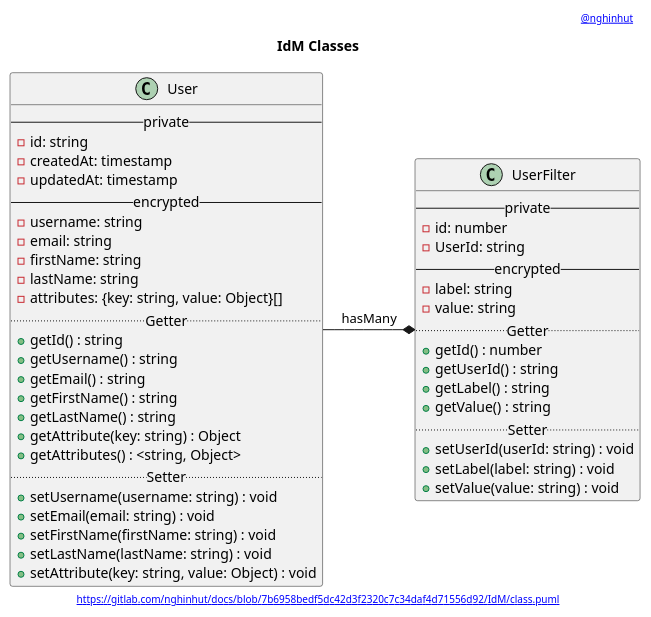
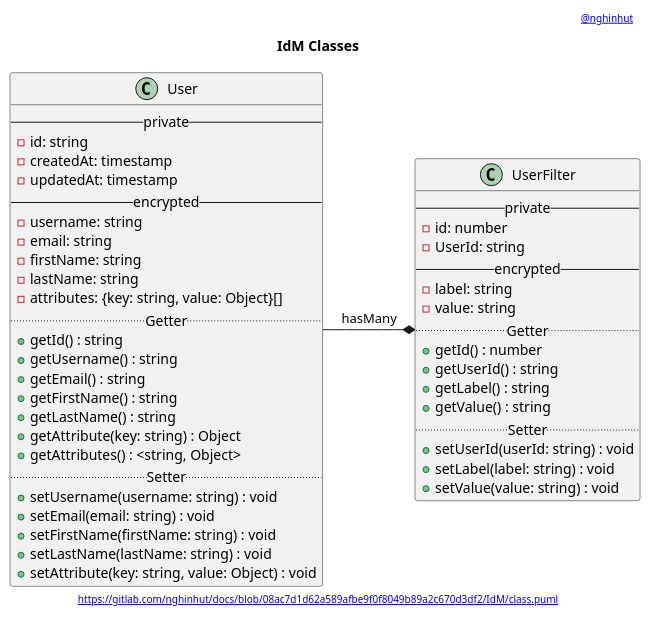
Before and after one commit to nghinhut/docs: the diagram in IdM/class.puml, drawn with PlantUML. The commit also changed 23 other files, not shown here.

Commit message:
fix(Diagram links): Update diagram links

```diff
--- a/IdM/class.puml
+++ b/IdM/class.puml
@@ -1,56 +1,56 @@
 @startuml
 '-----START auto generated metadata please keep comment here to allow auto update-----
 '-----DON'T EDIT THIS SECTION, INSTEAD RE-RUN prebuild.sh TO UPDATE-----
-header [[https://www.nghinhut.dev?from=http%5C%3A%5C%2F%5C%2Fwww%5C.plantuml%5C.com%5C%2Fplantuml%5C%2Fproxy%3Ffmt%3Dsvg%5C%26src%3Dhttps%5C%3A%5C%2F%5C%2Fgitlab%5C.com%5C%2Fnghinhut%5C%2Fdocs%5C%2Fraw%5C%2F7b6958bedf5dc42d3f2320c7c34daf4d71556d92%5C%2FIdM%5C%2Fclass%5C.puml%0A @nghinhut]]
-footer [[http://www.plantuml.com/plantuml/proxy?fmt=svg&src=https://gitlab.com/nghinhut/docs/raw/7b6958bedf5dc42d3f2320c7c34daf4d71556d92/IdM/class.puml https://gitlab.com/nghinhut/docs/blob/7b6958bedf5dc42d3f2320c7c34daf4d71556d92/IdM/class.puml]]
+header [[https://www.nghinhut.dev?from=http%5C%3A%5C%2F%5C%2Fwww%5C.plantuml%5C.com%5C%2Fplantuml%5C%2Fproxy%3Ffmt%3Dsvg%5C%26src%3Dhttps%5C%3A%5C%2F%5C%2Fgitlab%5C.com%5C%2Fnghinhut%5C%2Fdocs%5C%2Fraw%5C%2F08ac7d1d62a589afbe9f0f8049b89a2c670d3df2%5C%2FIdM%5C%2Fclass%5C.puml%0A @nghinhut]]
+footer [[http://www.plantuml.com/plantuml/proxy?fmt=svg&src=https://gitlab.com/nghinhut/docs/raw/08ac7d1d62a589afbe9f0f8049b89a2c670d3df2/IdM/class.puml https://gitlab.com/nghinhut/docs/blob/08ac7d1d62a589afbe9f0f8049b89a2c670d3df2/IdM/class.puml]]
 '-----END auto generated metadata please keep comment here to allow auto update-----
 title IdM Classes
 
 class "User" as user {
     -- private --
     - id: string
     - createdAt: timestamp
     - updatedAt: timestamp
     -- encrypted --
     - username: string
     - email: string
     - firstName: string
     - lastName: string
     - attributes: {key: string, value: Object}[]
     .. Getter ..
     + getId() : string
     + getUsername() : string
     + getEmail() : string
     + getFirstName() : string
     + getLastName() : string
     + getAttribute(key: string) : Object
     + getAttributes() : <string, Object>
     .. Setter ..
     + setUsername(username: string) : void
     + setEmail(email: string) : void
     + setFirstName(firstName: string) : void
     + setLastName(lastName: string) : void
     + setAttribute(key: string, value: Object) : void
 }
 
 class "UserFilter" as user_filter {
     -- private --
     - id: number
     - UserId: string
     -- encrypted --
     - label: string
     - value: string
     .. Getter ..
     + getId() : number
     + getUserId() : string
     + getLabel() : string
     + getValue() : string
     .. Setter ..
     + setUserId(userId: string) : void
     + setLabel(label: string) : void
     + setValue(value: string) : void
 }
 
 user -* user_filter : hasMany
 
 @enduml
```
